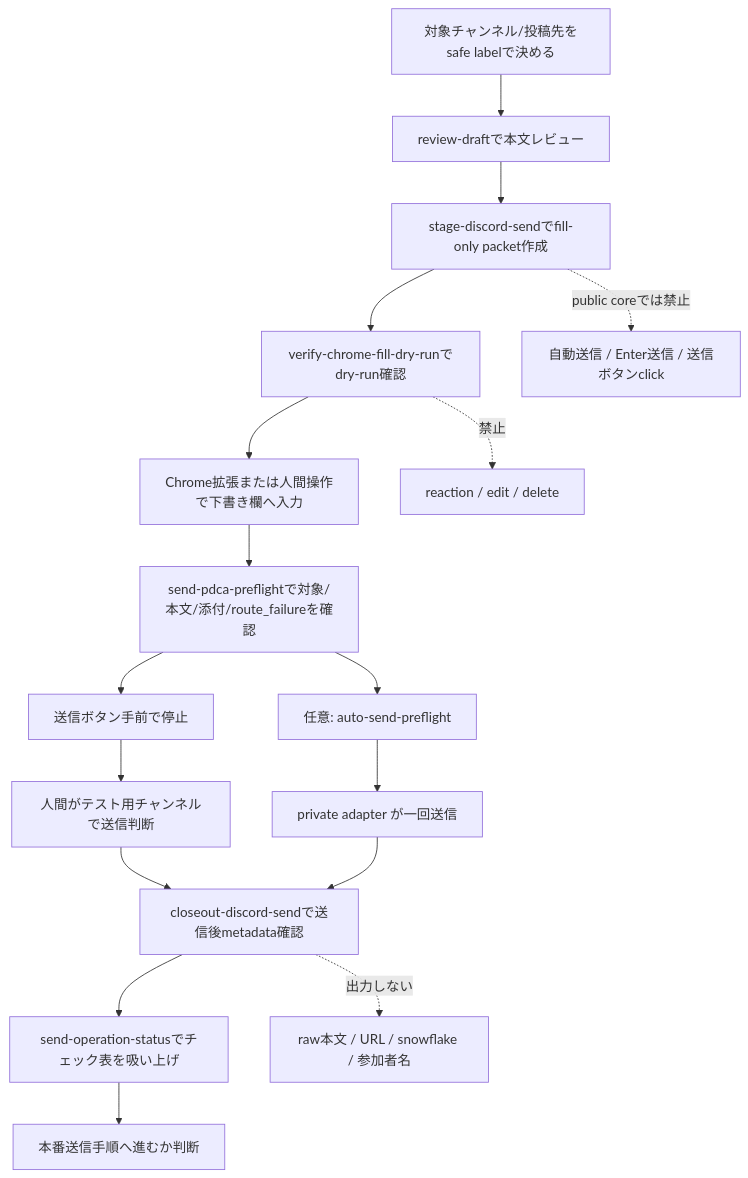
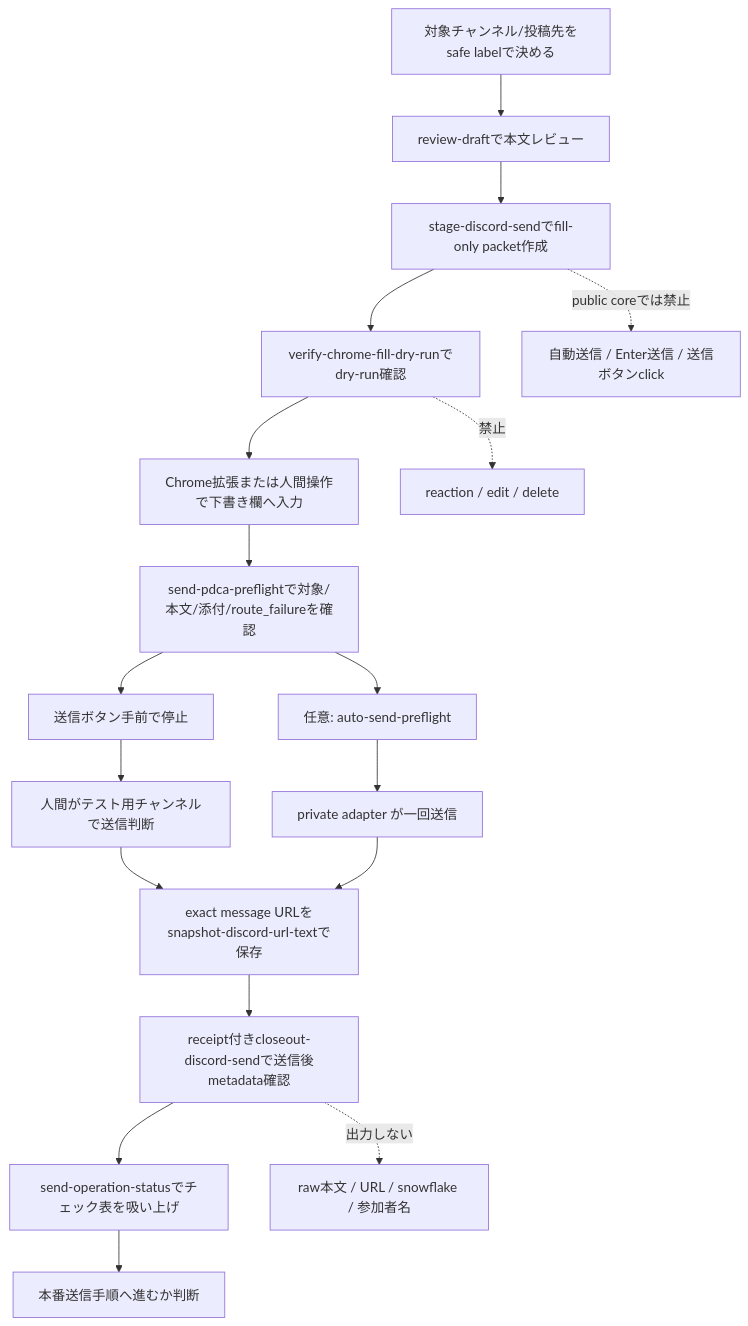
Before and after one commit to nexus-ai-2045/discord-context-bridge: the first of 2 diagrams in docs/discord-send-operation-runbook.md, drawn with Mermaid. The commit also changed other lines of this file and 7 other files, not shown here.

````diff
--- a/docs/discord-send-operation-runbook.md
+++ b/docs/discord-send-operation-runbook.md
@@ -8,21 +8,22 @@
 ```mermaid
 flowchart TD
   start["対象チャンネル/投稿先をsafe labelで決める"] --> review["review-draftで本文レビュー"]
   review --> stage["stage-discord-sendでfill-only packet作成"]
   stage --> dry["verify-chrome-fill-dry-runでdry-run確認"]
   dry --> fill["Chrome拡張または人間操作で下書き欄へ入力"]
   fill --> pdca["send-pdca-preflightで対象/本文/添付/route_failureを確認"]
   pdca --> stop["送信ボタン手前で停止"]
   stop --> human["人間がテスト用チャンネルで送信判断"]
-  human --> closeout["closeout-discord-sendで送信後metadata確認"]
+  human --> snapshot["exact message URLをsnapshot-discord-url-textで保存"]
+  snapshot --> closeout["receipt付きcloseout-discord-sendで送信後metadata確認"]
   closeout --> status["send-operation-statusでチェック表を吸い上げ"]
   status --> prod["本番送信手順へ進むか判断"]
 
   pdca --> auto_preflight["任意: auto-send-preflight"]
   auto_preflight --> adapter["private adapter が一回送信"]
-  adapter --> closeout
+  adapter --> snapshot
 
   stage -. "public coreでは禁止" .-> auto_send["自動送信 / Enter送信 / 送信ボタンclick"]
   dry -. "禁止" .-> reaction["reaction / edit / delete"]
   closeout -. "出力しない" .-> raw["raw本文 / URL / snowflake / 参加者名"]
 ```
````
